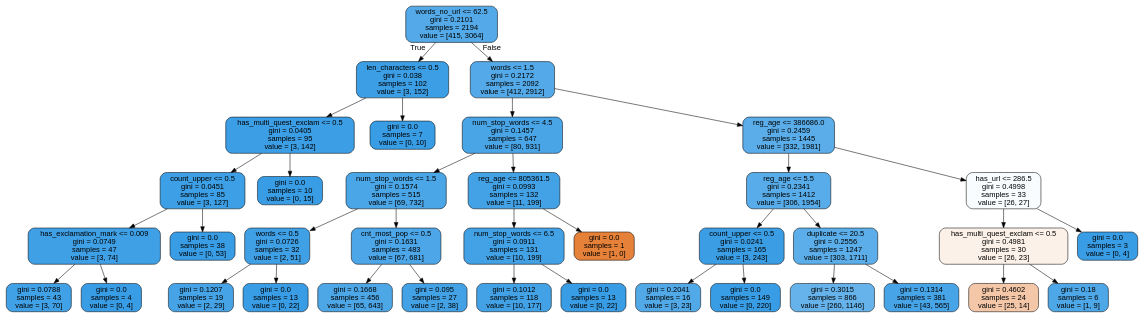
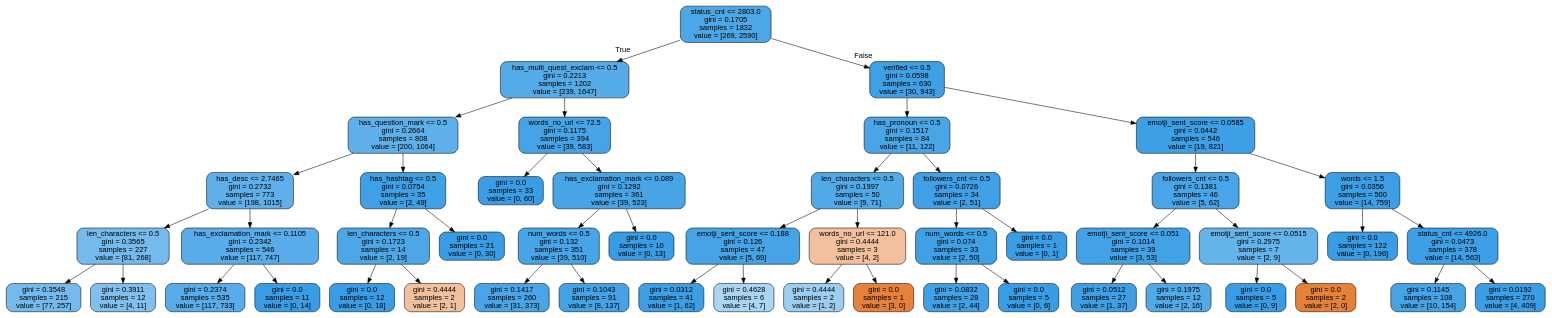
One commit to burningskies42/Twitter_Analytics changed the diagram in Python/twitter_filter/trees/dtree2.dot. Above: the diagram before and after it, drawn with Graphviz. The commit also changed 96 other files, not shown here.

```diff
--- a/Python/twitter_filter/trees/dtree2.dot
+++ b/Python/twitter_filter/trees/dtree2.dot
@@ -1,77 +1,101 @@
 digraph Tree {
 node [shape=box, style="filled, rounded", color="black", fontname=helvetica] ;
 edge [fontname=helvetica] ;
-0 [label="words_no_url <= 62.5\ngini = 0.2101\nsamples = 2194\nvalue = [415, 3064]", fillcolor="#399de5dc"] ;
-1 [label="len_characters <= 0.5\ngini = 0.038\nsamples = 102\nvalue = [3, 152]", fillcolor="#399de5fa"] ;
+0 [label="status_cnt <= 2803.0\ngini = 0.1705\nsamples = 1832\nvalue = [269, 2590]", fillcolor="#399de5e5"] ;
+1 [label="has_multi_quest_exclam <= 0.5\ngini = 0.2213\nsamples = 1202\nvalue = [239, 1647]", fillcolor="#399de5da"] ;
 0 -> 1 [labeldistance=2.5, labelangle=45, headlabel="True"] ;
-2 [label="has_multi_quest_exclam <= 0.5\ngini = 0.0405\nsamples = 95\nvalue = [3, 142]", fillcolor="#399de5fa"] ;
+2 [label="has_question_mark <= 0.5\ngini = 0.2664\nsamples = 808\nvalue = [200, 1064]", fillcolor="#399de5cf"] ;
 1 -> 2 ;
-3 [label="count_upper <= 0.5\ngini = 0.0451\nsamples = 85\nvalue = [3, 127]", fillcolor="#399de5f9"] ;
+3 [label="has_desc <= 2.7465\ngini = 0.2732\nsamples = 773\nvalue = [198, 1015]", fillcolor="#399de5cd"] ;
 2 -> 3 ;
-4 [label="has_exclamation_mark <= 0.009\ngini = 0.0749\nsamples = 47\nvalue = [3, 74]", fillcolor="#399de5f5"] ;
+4 [label="len_characters <= 0.5\ngini = 0.3565\nsamples = 227\nvalue = [81, 268]", fillcolor="#399de5b2"] ;
 3 -> 4 ;
-5 [label="gini = 0.0788\nsamples = 43\nvalue = [3, 70]", fillcolor="#399de5f4"] ;
+5 [label="gini = 0.3548\nsamples = 215\nvalue = [77, 257]", fillcolor="#399de5b3"] ;
 4 -> 5 ;
-6 [label="gini = 0.0\nsamples = 4\nvalue = [0, 4]", fillcolor="#399de5ff"] ;
+6 [label="gini = 0.3911\nsamples = 12\nvalue = [4, 11]", fillcolor="#399de5a2"] ;
 4 -> 6 ;
-7 [label="gini = 0.0\nsamples = 38\nvalue = [0, 53]", fillcolor="#399de5ff"] ;
+7 [label="has_exclamation_mark <= 0.1105\ngini = 0.2342\nsamples = 546\nvalue = [117, 747]", fillcolor="#399de5d7"] ;
 3 -> 7 ;
-8 [label="gini = 0.0\nsamples = 10\nvalue = [0, 15]", fillcolor="#399de5ff"] ;
-2 -> 8 ;
-9 [label="gini = 0.0\nsamples = 7\nvalue = [0, 10]", fillcolor="#399de5ff"] ;
-1 -> 9 ;
-10 [label="words <= 1.5\ngini = 0.2172\nsamples = 2092\nvalue = [412, 2912]", fillcolor="#399de5db"] ;
-0 -> 10 [labeldistance=2.5, labelangle=-45, headlabel="False"] ;
-11 [label="num_stop_words <= 4.5\ngini = 0.1457\nsamples = 647\nvalue = [80, 931]", fillcolor="#399de5e9"] ;
+8 [label="gini = 0.2374\nsamples = 535\nvalue = [117, 733]", fillcolor="#399de5d6"] ;
+7 -> 8 ;
+9 [label="gini = 0.0\nsamples = 11\nvalue = [0, 14]", fillcolor="#399de5ff"] ;
+7 -> 9 ;
+10 [label="has_hashtag <= 0.5\ngini = 0.0754\nsamples = 35\nvalue = [2, 49]", fillcolor="#399de5f5"] ;
+2 -> 10 ;
+11 [label="len_characters <= 0.5\ngini = 0.1723\nsamples = 14\nvalue = [2, 19]", fillcolor="#399de5e4"] ;
 10 -> 11 ;
-12 [label="num_stop_words <= 1.5\ngini = 0.1574\nsamples = 515\nvalue = [69, 732]", fillcolor="#399de5e7"] ;
+12 [label="gini = 0.0\nsamples = 12\nvalue = [0, 18]", fillcolor="#399de5ff"] ;
 11 -> 12 ;
-13 [label="words <= 0.5\ngini = 0.0726\nsamples = 32\nvalue = [2, 51]", fillcolor="#399de5f5"] ;
-12 -> 13 ;
-14 [label="gini = 0.1207\nsamples = 19\nvalue = [2, 29]", fillcolor="#399de5ed"] ;
-13 -> 14 ;
-15 [label="gini = 0.0\nsamples = 13\nvalue = [0, 22]", fillcolor="#399de5ff"] ;
-13 -> 15 ;
-16 [label="cnt_most_pop <= 0.5\ngini = 0.1631\nsamples = 483\nvalue = [67, 681]", fillcolor="#399de5e6"] ;
-12 -> 16 ;
-17 [label="gini = 0.1668\nsamples = 456\nvalue = [65, 643]", fillcolor="#399de5e5"] ;
-16 -> 17 ;
-18 [label="gini = 0.095\nsamples = 27\nvalue = [2, 38]", fillcolor="#399de5f2"] ;
-16 -> 18 ;
-19 [label="reg_age <= 805361.5\ngini = 0.0993\nsamples = 132\nvalue = [11, 199]", fillcolor="#399de5f1"] ;
-11 -> 19 ;
-20 [label="num_stop_words <= 6.5\ngini = 0.0911\nsamples = 131\nvalue = [10, 199]", fillcolor="#399de5f2"] ;
-19 -> 20 ;
-21 [label="gini = 0.1012\nsamples = 118\nvalue = [10, 177]", fillcolor="#399de5f1"] ;
-20 -> 21 ;
-22 [label="gini = 0.0\nsamples = 13\nvalue = [0, 22]", fillcolor="#399de5ff"] ;
-20 -> 22 ;
-23 [label="gini = 0.0\nsamples = 1\nvalue = [1, 0]", fillcolor="#e58139ff"] ;
-19 -> 23 ;
-24 [label="reg_age <= 386686.0\ngini = 0.2459\nsamples = 1445\nvalue = [332, 1981]", fillcolor="#399de5d4"] ;
-10 -> 24 ;
-25 [label="reg_age <= 5.5\ngini = 0.2341\nsamples = 1412\nvalue = [306, 1954]", fillcolor="#399de5d7"] ;
+13 [label="gini = 0.4444\nsamples = 2\nvalue = [2, 1]", fillcolor="#e581397f"] ;
+11 -> 13 ;
+14 [label="gini = 0.0\nsamples = 21\nvalue = [0, 30]", fillcolor="#399de5ff"] ;
+10 -> 14 ;
+15 [label="words_no_url <= 72.5\ngini = 0.1175\nsamples = 394\nvalue = [39, 583]", fillcolor="#399de5ee"] ;
+1 -> 15 ;
+16 [label="gini = 0.0\nsamples = 33\nvalue = [0, 60]", fillcolor="#399de5ff"] ;
+15 -> 16 ;
+17 [label="has_exclamation_mark <= 0.089\ngini = 0.1292\nsamples = 361\nvalue = [39, 523]", fillcolor="#399de5ec"] ;
+15 -> 17 ;
+18 [label="num_words <= 0.5\ngini = 0.132\nsamples = 351\nvalue = [39, 510]", fillcolor="#399de5ec"] ;
+17 -> 18 ;
+19 [label="gini = 0.1417\nsamples = 260\nvalue = [31, 373]", fillcolor="#399de5ea"] ;
+18 -> 19 ;
+20 [label="gini = 0.1043\nsamples = 91\nvalue = [8, 137]", fillcolor="#399de5f0"] ;
+18 -> 20 ;
+21 [label="gini = 0.0\nsamples = 10\nvalue = [0, 13]", fillcolor="#399de5ff"] ;
+17 -> 21 ;
+22 [label="verified <= 0.5\ngini = 0.0598\nsamples = 630\nvalue = [30, 943]", fillcolor="#399de5f7"] ;
+0 -> 22 [labeldistance=2.5, labelangle=-45, headlabel="False"] ;
+23 [label="has_pronoun <= 0.5\ngini = 0.1517\nsamples = 84\nvalue = [11, 122]", fillcolor="#399de5e8"] ;
+22 -> 23 ;
+24 [label="len_characters <= 0.5\ngini = 0.1997\nsamples = 50\nvalue = [9, 71]", fillcolor="#399de5df"] ;
+23 -> 24 ;
+25 [label="emotji_sent_score <= 0.188\ngini = 0.126\nsamples = 47\nvalue = [5, 69]", fillcolor="#399de5ed"] ;
 24 -> 25 ;
-26 [label="count_upper <= 0.5\ngini = 0.0241\nsamples = 165\nvalue = [3, 243]", fillcolor="#399de5fc"] ;
+26 [label="gini = 0.0312\nsamples = 41\nvalue = [1, 62]", fillcolor="#399de5fb"] ;
 25 -> 26 ;
-27 [label="gini = 0.2041\nsamples = 16\nvalue = [3, 23]", fillcolor="#399de5de"] ;
-26 -> 27 ;
-28 [label="gini = 0.0\nsamples = 149\nvalue = [0, 220]", fillcolor="#399de5ff"] ;
-26 -> 28 ;
-29 [label="duplicate <= 20.5\ngini = 0.2556\nsamples = 1247\nvalue = [303, 1711]", fillcolor="#399de5d2"] ;
-25 -> 29 ;
-30 [label="gini = 0.3015\nsamples = 866\nvalue = [260, 1146]", fillcolor="#399de5c5"] ;
-29 -> 30 ;
-31 [label="gini = 0.1314\nsamples = 381\nvalue = [43, 565]", fillcolor="#399de5ec"] ;
-29 -> 31 ;
-32 [label="has_url <= 286.5\ngini = 0.4998\nsamples = 33\nvalue = [26, 27]", fillcolor="#399de509"] ;
-24 -> 32 ;
-33 [label="has_multi_quest_exclam <= 0.5\ngini = 0.4981\nsamples = 30\nvalue = [26, 23]", fillcolor="#e581391d"] ;
+27 [label="gini = 0.4628\nsamples = 6\nvalue = [4, 7]", fillcolor="#399de56d"] ;
+25 -> 27 ;
+28 [label="words_no_url <= 121.0\ngini = 0.4444\nsamples = 3\nvalue = [4, 2]", fillcolor="#e581397f"] ;
+24 -> 28 ;
+29 [label="gini = 0.4444\nsamples = 2\nvalue = [1, 2]", fillcolor="#399de57f"] ;
+28 -> 29 ;
+30 [label="gini = 0.0\nsamples = 1\nvalue = [3, 0]", fillcolor="#e58139ff"] ;
+28 -> 30 ;
+31 [label="followers_cnt <= 0.5\ngini = 0.0726\nsamples = 34\nvalue = [2, 51]", fillcolor="#399de5f5"] ;
+23 -> 31 ;
+32 [label="num_words <= 0.5\ngini = 0.074\nsamples = 33\nvalue = [2, 50]", fillcolor="#399de5f5"] ;
+31 -> 32 ;
+33 [label="gini = 0.0832\nsamples = 28\nvalue = [2, 44]", fillcolor="#399de5f3"] ;
 32 -> 33 ;
-34 [label="gini = 0.4602\nsamples = 24\nvalue = [25, 14]", fillcolor="#e5813970"] ;
-33 -> 34 ;
-35 [label="gini = 0.18\nsamples = 6\nvalue = [1, 9]", fillcolor="#399de5e3"] ;
-33 -> 35 ;
-36 [label="gini = 0.0\nsamples = 3\nvalue = [0, 4]", fillcolor="#399de5ff"] ;
-32 -> 36 ;
+34 [label="gini = 0.0\nsamples = 5\nvalue = [0, 6]", fillcolor="#399de5ff"] ;
+32 -> 34 ;
+35 [label="gini = 0.0\nsamples = 1\nvalue = [0, 1]", fillcolor="#399de5ff"] ;
+31 -> 35 ;
+36 [label="emotji_sent_score <= 0.0585\ngini = 0.0442\nsamples = 546\nvalue = [19, 821]", fillcolor="#399de5f9"] ;
+22 -> 36 ;
+37 [label="followers_cnt <= 0.5\ngini = 0.1381\nsamples = 46\nvalue = [5, 62]", fillcolor="#399de5ea"] ;
+36 -> 37 ;
+38 [label="emotji_sent_score <= 0.051\ngini = 0.1014\nsamples = 39\nvalue = [3, 53]", fillcolor="#399de5f1"] ;
+37 -> 38 ;
+39 [label="gini = 0.0512\nsamples = 27\nvalue = [1, 37]", fillcolor="#399de5f8"] ;
+38 -> 39 ;
+40 [label="gini = 0.1975\nsamples = 12\nvalue = [2, 16]", fillcolor="#399de5df"] ;
+38 -> 40 ;
+41 [label="emotji_sent_score <= 0.0515\ngini = 0.2975\nsamples = 7\nvalue = [2, 9]", fillcolor="#399de5c6"] ;
+37 -> 41 ;
+42 [label="gini = 0.0\nsamples = 5\nvalue = [0, 9]", fillcolor="#399de5ff"] ;
+41 -> 42 ;
+43 [label="gini = 0.0\nsamples = 2\nvalue = [2, 0]", fillcolor="#e58139ff"] ;
+41 -> 43 ;
+44 [label="words <= 1.5\ngini = 0.0356\nsamples = 500\nvalue = [14, 759]", fillcolor="#399de5fa"] ;
+36 -> 44 ;
+45 [label="gini = 0.0\nsamples = 122\nvalue = [0, 196]", fillcolor="#399de5ff"] ;
+44 -> 45 ;
+46 [label="status_cnt <= 4926.0\ngini = 0.0473\nsamples = 378\nvalue = [14, 563]", fillcolor="#399de5f9"] ;
+44 -> 46 ;
+47 [label="gini = 0.1145\nsamples = 108\nvalue = [10, 154]", fillcolor="#399de5ee"] ;
+46 -> 47 ;
+48 [label="gini = 0.0192\nsamples = 270\nvalue = [4, 409]", fillcolor="#399de5fd"] ;
+46 -> 48 ;
 }
```
